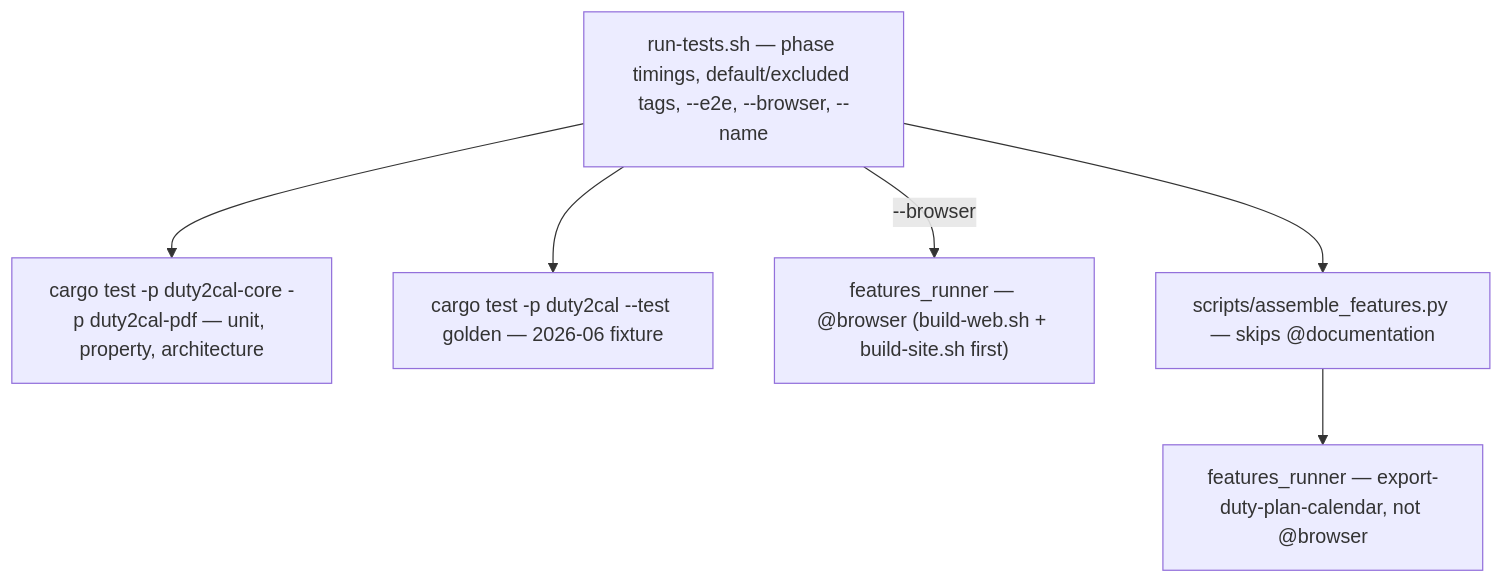
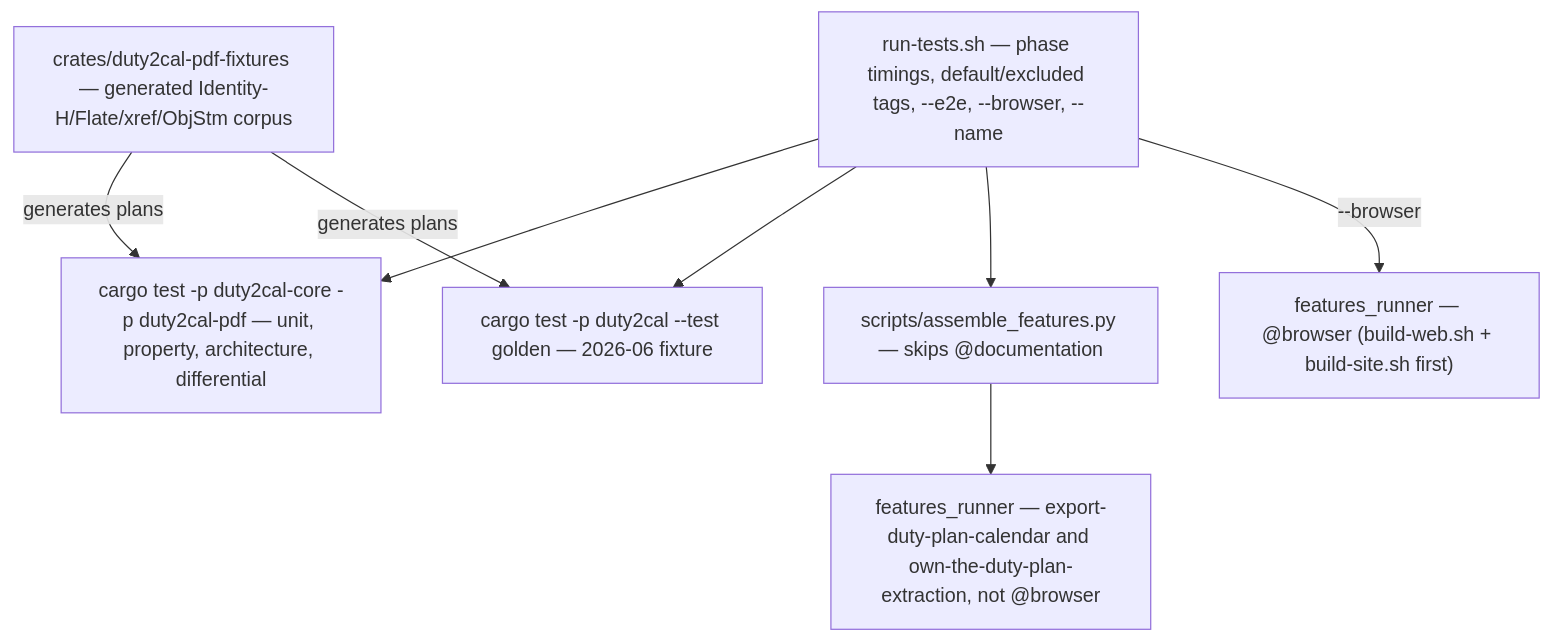
Before and after one commit to duty2cal/duty2cal: the third of 6 diagrams in docs/arc42/05-building-block-view.md, drawn with Mermaid. The commit also changed other lines of this file and 24 other files, not shown here.

First line of the commit message:
chore(own-the-duty-plan-extraction): establish the strict runner skeleton

````diff
--- a/docs/arc42/05-building-block-view.md
+++ b/docs/arc42/05-building-block-view.md
@@ -63,13 +63,16 @@
 ```mermaid
 flowchart TB
   RUN["run-tests.sh — phase timings, default/excluded tags, --e2e, --browser, --name"]
-  RUST["cargo test -p duty2cal-core -p duty2cal-pdf — unit, property, architecture"]
+  RUST["cargo test -p duty2cal-core -p duty2cal-pdf — unit, property, architecture, differential"]
+  FIX["crates/duty2cal-pdf-fixtures — generated Identity-H/Flate/xref/ObjStm corpus"]
   GOLD["cargo test -p duty2cal --test golden — 2026-06 fixture"]
-  CUC["features_runner — export-duty-plan-calendar, not @browser"]
+  CUC["features_runner — export-duty-plan-calendar and own-the-duty-plan-extraction, not @browser"]
   BROWSER["features_runner — @browser (build-web.sh + build-site.sh first)"]
   ASM["scripts/assemble_features.py — skips @documentation"]
   RUN --> RUST
+  FIX -->|"generates plans"| RUST
   RUN --> GOLD
+  FIX -->|"generates plans"| GOLD
   RUN --> ASM --> CUC
   RUN -->|"--browser"| BROWSER
 ```
````
